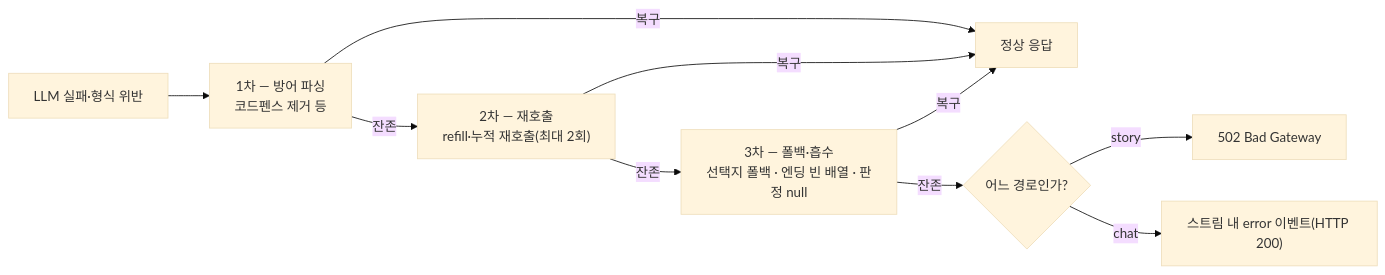
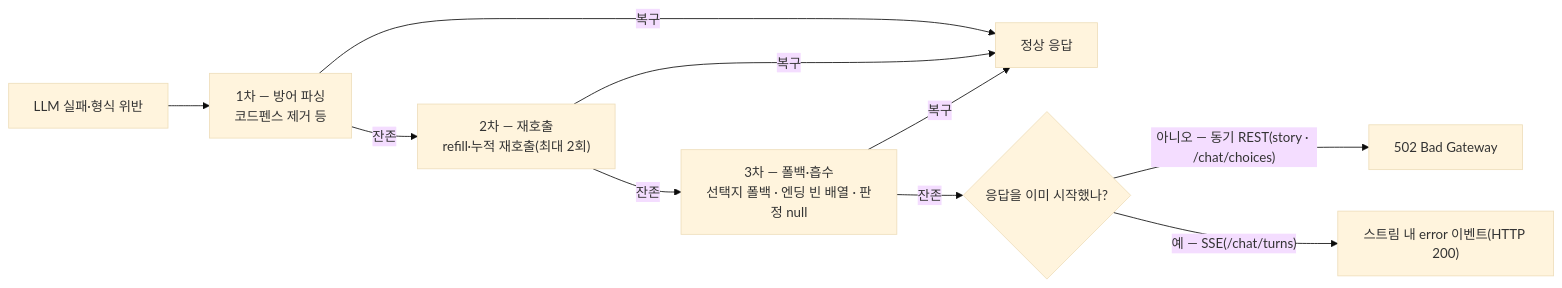
The eighth of 8 diagrams in docs/product-specs/5-ai-server.md (KIM-N-KANG/knk-harness), drawn with Mermaid (base theme) before and after one commit. The commit also changed other lines of this file, not shown here.

````diff
--- a/docs/product-specs/5-ai-server.md
+++ b/docs/product-specs/5-ai-server.md
@@ -678,12 +708,12 @@
 ```mermaid
 graph LR
     Fail[LLM 실패·형식 위반] --> L1["1차 — 방어 파싱<br/>코드펜스 제거 등"]
     L1 -->|복구| OK[정상 응답]
     L1 -->|잔존| L2["2차 — 재호출<br/>refill·누적 재호출(최대 2회)"]
     L2 -->|복구| OK
     L2 -->|잔존| L3["3차 — 폴백·흡수<br/>선택지 폴백 · 엔딩 빈 배열 · 판정 null"]
     L3 -->|복구| OK
-    L3 -->|잔존| Split{어느 경로인가?}
-    Split -->|story| S502["502 Bad Gateway"]
-    Split -->|chat| Err["스트림 내 error 이벤트(HTTP 200)"]
+    L3 -->|잔존| Split{응답을 이미 시작했나?}
+    Split -->|"아니오 — 동기 REST(story · /chat/choices)"| S502["502 Bad Gateway"]
+    Split -->|"예 — SSE(/chat/turns)"| Err["스트림 내 error 이벤트(HTTP 200)"]
 ```
````
